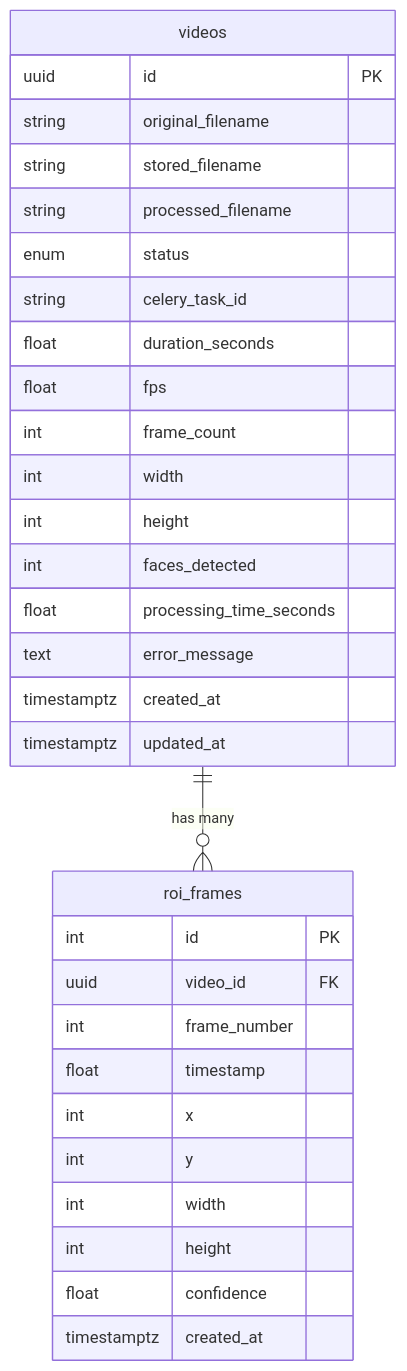
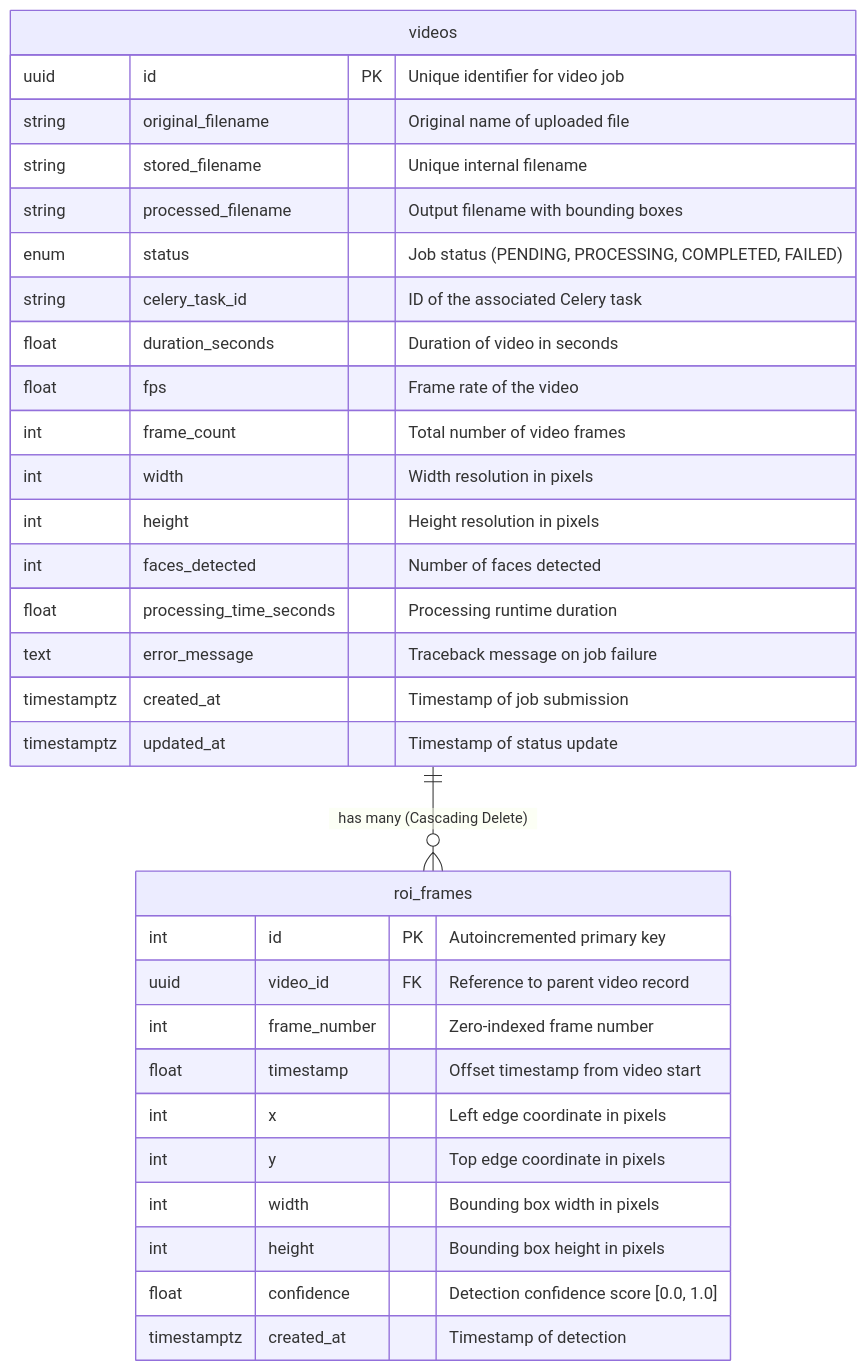
Before and after one commit to Sahilkewat80085/SentraVision: the second of 2 diagrams in docs/architecture.md, drawn with Mermaid. The commit also changed other lines of this file, not shown here.

Commit message:
Enrich system architecture flowcharts and document relational database schemas

````diff
--- a/docs/architecture.md
+++ b/docs/architecture.md
@@ -17,34 +26,34 @@
 ```mermaid
 erDiagram
-    videos ||--o{ roi_frames : "has many"
+    videos ||--o{ roi_frames : "has many (Cascading Delete)"
     videos {
-      uuid id PK
-      string original_filename
-      string stored_filename
-      string processed_filename
-      enum status
-      string celery_task_id
-      float duration_seconds
-      float fps
-      int frame_count
-      int width
-      int height
-      int faces_detected
-      float processing_time_seconds
-      text error_message
-      timestamptz created_at
-      timestamptz updated_at
+      uuid id PK "Unique identifier for video job"
+      string original_filename "Original name of uploaded file"
+      string stored_filename "Unique internal filename"
+      string processed_filename "Output filename with bounding boxes"
+      enum status "Job status (PENDING, PROCESSING, COMPLETED, FAILED)"
+      string celery_task_id "ID of the associated Celery task"
+      float duration_seconds "Duration of video in seconds"
+      float fps "Frame rate of the video"
+      int frame_count "Total number of video frames"
+      int width "Width resolution in pixels"
+      int height "Height resolution in pixels"
+      int faces_detected "Number of faces detected"
+      float processing_time_seconds "Processing runtime duration"
+      text error_message "Traceback message on job failure"
+      timestamptz created_at "Timestamp of job submission"
+      timestamptz updated_at "Timestamp of status update"
     }
     roi_frames {
-      int id PK
-      uuid video_id FK
-      int frame_number
-      float timestamp
-      int x
-      int y
-      int width
-      int height
-      float confidence
-      timestamptz created_at
+      int id PK "Autoincremented primary key"
+      uuid video_id FK "Reference to parent video record"
+      int frame_number "Zero-indexed frame number"
+      float timestamp "Offset timestamp from video start"
+      int x "Left edge coordinate in pixels"
+      int y "Top edge coordinate in pixels"
+      int width "Bounding box width in pixels"
+      int height "Bounding box height in pixels"
+      float confidence "Detection confidence score [0.0, 1.0]"
+      timestamptz created_at "Timestamp of detection"
     }
 ```
````
